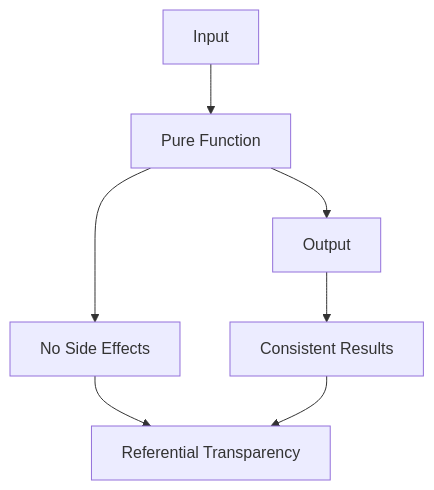
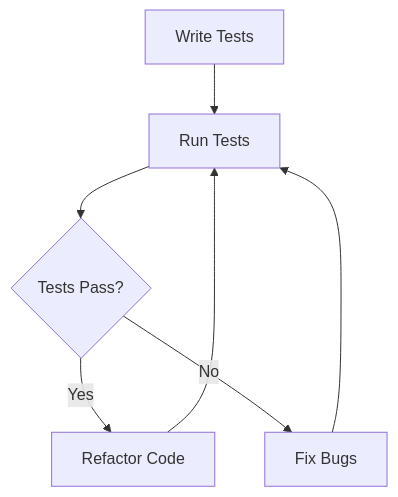
The diagram in content/patterns-clojure/4/8/index.md (MasteryEducation/SoftwarePatternsLexicon.com), drawn with Mermaid before and after one commit. The commit also changed other lines of this file and 462 other files, not shown here.

````diff
--- a/content/patterns-clojure/4/8/index.md
+++ b/content/patterns-clojure/4/8/index.md
@@ -123,9 +157,9 @@
 ```mermaid
-graph TD;
-    A[Input] --> B[Pure Function];
-    B --> C[Output];
-    B --> D[No Side Effects];
-    C --> E[Consistent Results];
-    D --> F[Referential Transparency];
-    E --> F;
+flowchart TD
+    A[Write Tests] --> B[Run Tests]
+    B --> C{Tests Pass?}
+    C -->|Yes| D[Refactor Code]
+    C -->|No| E[Fix Bugs]
+    E --> B
+    D --> B
 ```
````
